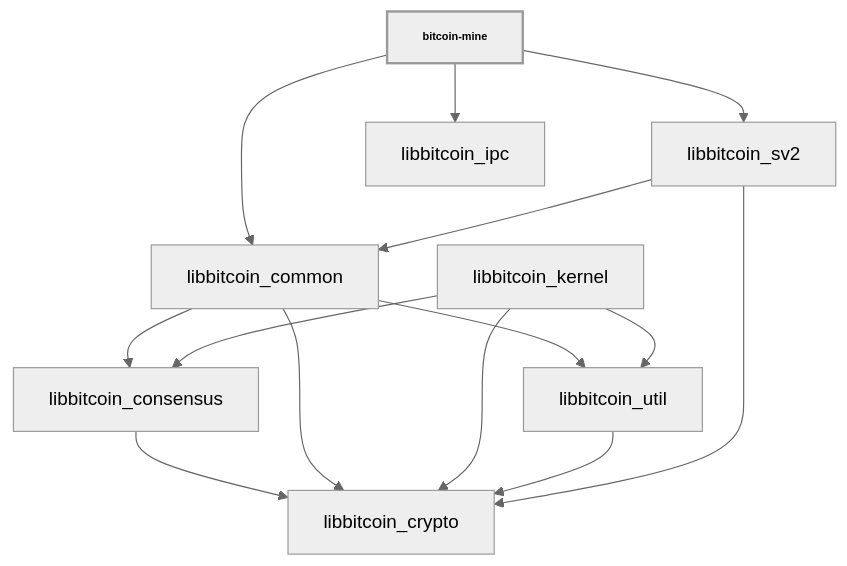
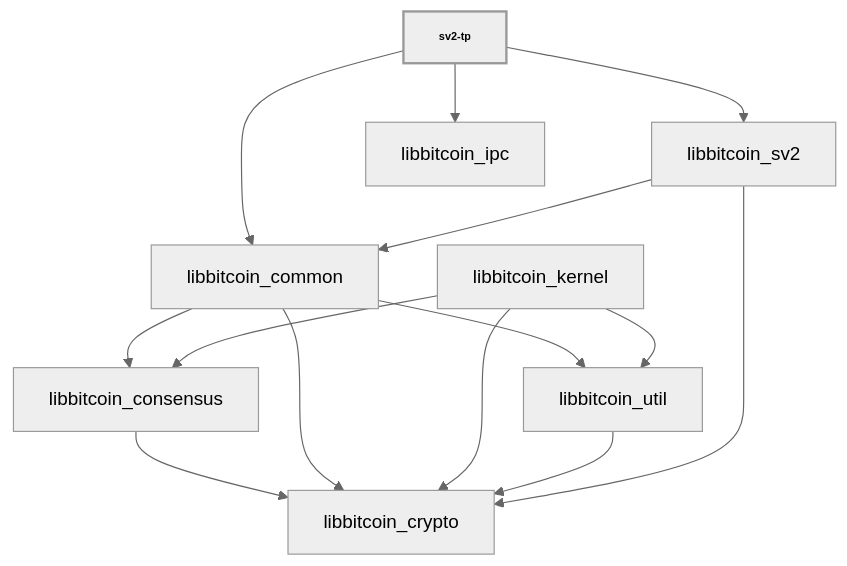
Before and after one commit to Sjors/bitcoin: the diagram in doc/design/libraries.md, drawn with Mermaid (neutral theme). The commit also changed 28 other files, not shown here.

````diff
--- a/doc/design/libraries.md
+++ b/doc/design/libraries.md
@@ -30,28 +30,28 @@
 ```mermaid
 
 %%{ init : { "flowchart" : { "curve" : "basis" }}}%%
 
 graph TD;
 
-bitcoin-mine-->libbitcoin_sv2;
-bitcoin-mine-->libbitcoin_common;
-bitcoin-mine-->libbitcoin_ipc;
+sv2-tp-->libbitcoin_sv2;
+sv2-tp-->libbitcoin_common;
+sv2-tp-->libbitcoin_ipc;
 
 libbitcoin_consensus-->libbitcoin_crypto;
 
 libbitcoin_common-->libbitcoin_consensus;
 libbitcoin_common-->libbitcoin_crypto;
 libbitcoin_common-->libbitcoin_util;
 
 libbitcoin_kernel-->libbitcoin_consensus;
 libbitcoin_kernel-->libbitcoin_crypto;
 libbitcoin_kernel-->libbitcoin_util;
 
 libbitcoin_util-->libbitcoin_crypto;
 
 libbitcoin_sv2-->libbitcoin_common;
 libbitcoin_sv2-->libbitcoin_crypto;
 
 classDef bold stroke-width:2px, font-weight:bold, font-size: smaller;
-class bitcoind,bitcoin-cli,bitcoin-mine bold
+class bitcoind,bitcoin-cli,sv2-tp bold
 ```
````
